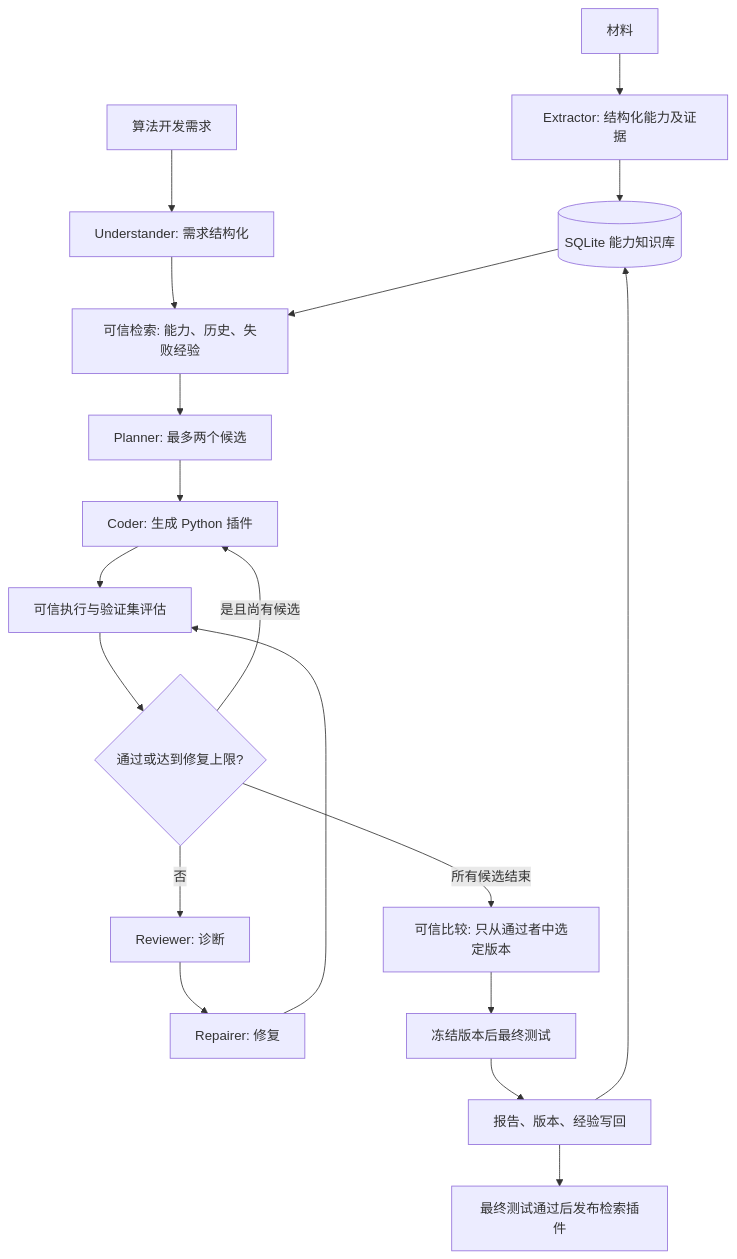
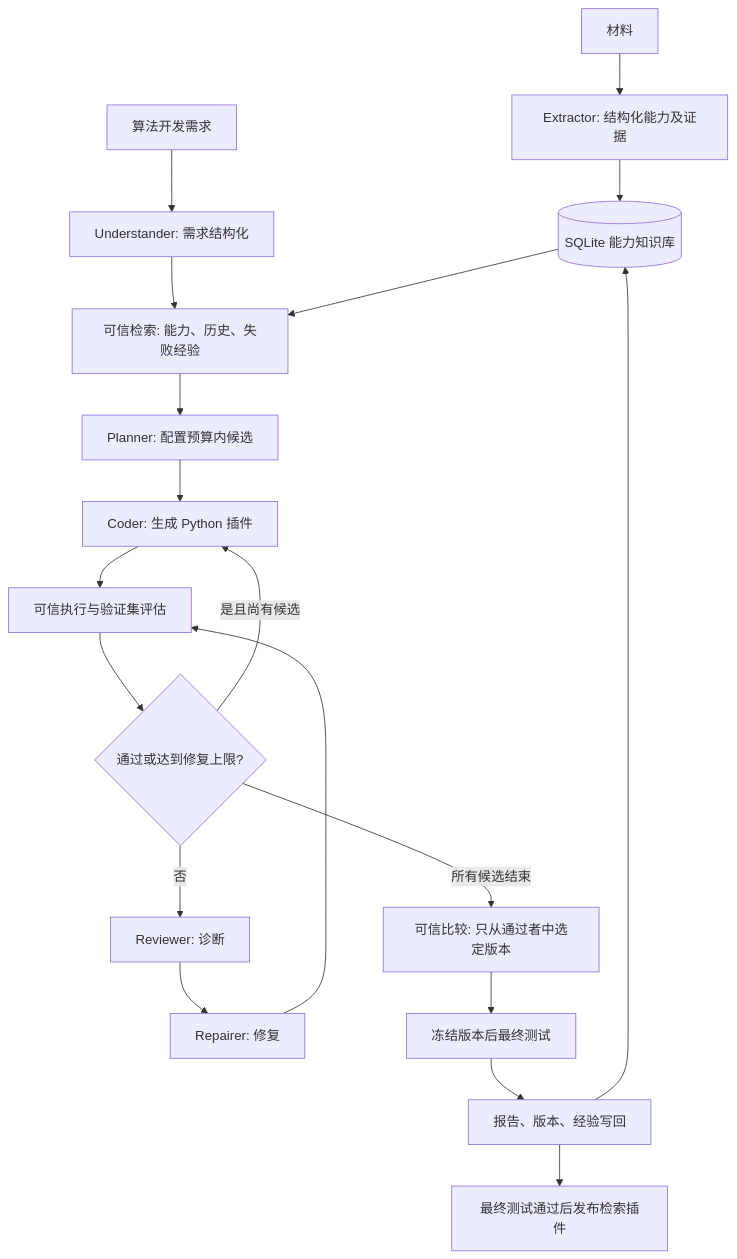
The diagram in docs/architecture.md (CRAZY-NEO/memory-agent-factory), drawn with Mermaid before and after one commit. The commit also changed other lines of this file and 153 other files, not shown here.

````diff
--- a/docs/architecture.md
+++ b/docs/architecture.md
@@ -24,21 +25,21 @@
 ```mermaid
 flowchart TD
   A[材料] --> B[Extractor: 结构化能力及证据]
   B --> K[(SQLite 能力知识库)]
   U[算法开发需求] --> I[Understander: 需求结构化]
   I --> R[可信检索: 能力、历史、失败经验]
   K --> R
-  R --> P[Planner: 最多两个候选]
+  R --> P[Planner: 配置预算内候选]
   P --> C[Coder: 生成 Python 插件]
   C --> V[可信执行与验证集评估]
   V --> D{通过或达到修复上限?}
   D -->|否| E[Reviewer: 诊断]
   E --> F[Repairer: 修复]
   F --> V
   D -->|是且尚有候选| C
   D -->|所有候选结束| S[可信比较: 只从通过者中选定版本]
   S --> T[冻结版本后最终测试]
   T --> W[报告、版本、经验写回]
   W --> K
   W --> O[最终测试通过后发布检索插件]
 ```
````
